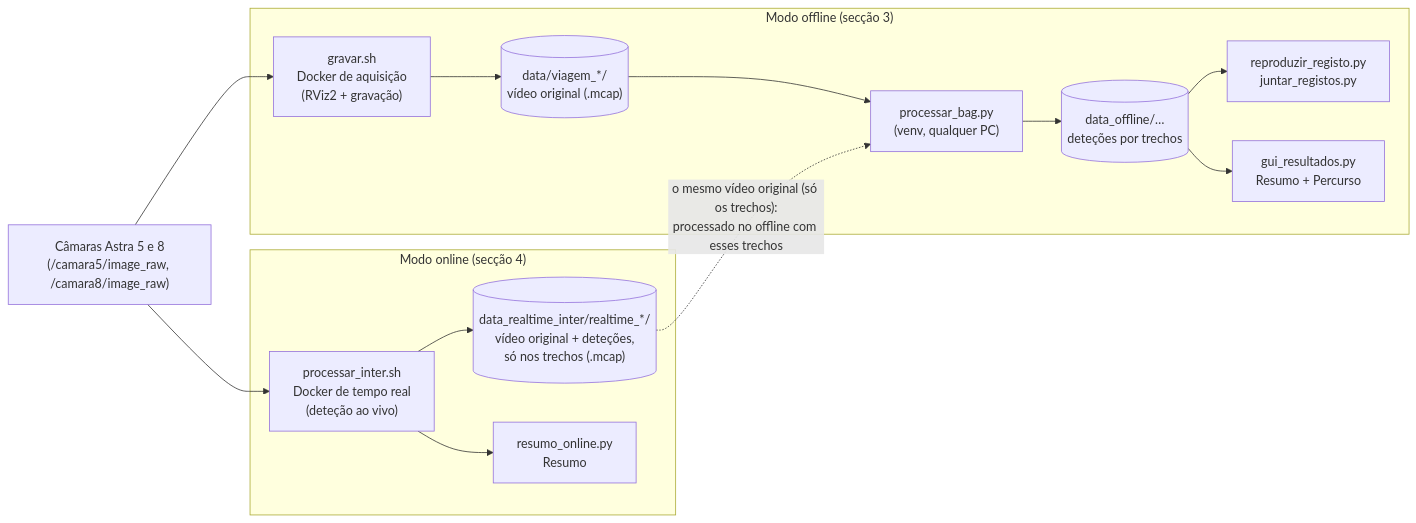
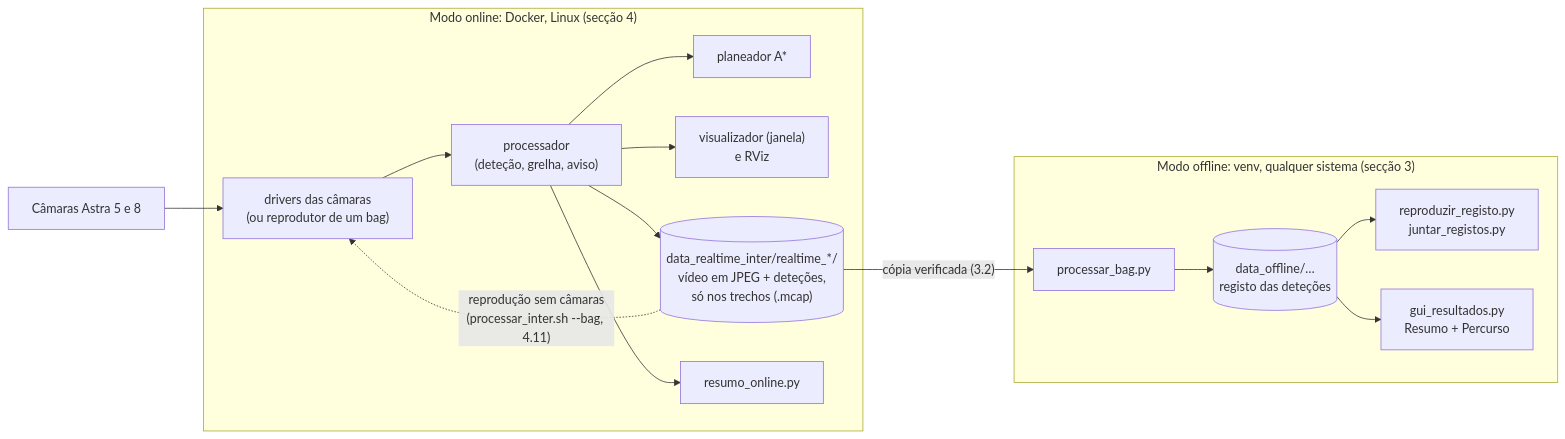
The diagram in README.md (afv2003/aquisi-o_astra_orbec), drawn with Mermaid before and after one commit. The commit also changed other lines of this file and 34 other files, not shown here.

Commit message:
Online: aquisição no Docker, visualizador separado, RViz, reprodução de bags, imagens JPEG e verificação NTP; decisão local (TF, grelha, aviso, A*); offline começa no bag

````diff
--- a/README.md
+++ b/README.md
@@ -29,28 +31,32 @@
 ```mermaid
 flowchart LR
-    CAM["Câmaras Astra 5 e 8<br/>(/camara5/image_raw, /camara8/image_raw)"]
+    CAM["Câmaras Astra 5 e 8"]
 
-    subgraph OFF["Modo offline (secção 3)"]
-        GR["gravar.sh<br/>Docker de aquisição<br/>(RViz2 + gravação)"]
-        BAG1[("data/viagem_*/<br/>vídeo original (.mcap)")]
-        PB["processar_bag.py<br/>(venv, qualquer PC)"]
-        REG[("data_offline/…<br/>deteções por trechos")]
+    subgraph ON["Modo online: Docker, Linux (secção 4)"]
+        DRV["drivers das câmaras<br/>(ou reprodutor de um bag)"]
+        PROC["processador<br/>(deteção, grelha, aviso)"]
+        PLAN["planeador A*"]
+        VIS["visualizador (janela)<br/>e RViz"]
+        BAG[("data_realtime_inter/realtime_*/<br/>vídeo em JPEG + deteções,<br/>só nos trechos (.mcap)")]
+        RO["resumo_online.py"]
+        DRV --> PROC
+        PROC --> PLAN
+        PROC --> VIS
+        PROC --> BAG
+        PROC --> RO
+    end
+
+    subgraph OFF["Modo offline: venv, qualquer sistema (secção 3)"]
+        PB["processar_bag.py"]
+        REG[("data_offline/…<br/>registo das deteções")]
         RR["reproduzir_registo.py<br/>juntar_registos.py"]
         GUI["gui_resultados.py<br/>Resumo + Percurso"]
-        GR --> BAG1 --> PB --> REG
+        PB --> REG
         REG --> RR
         REG --> GUI
     end
 
-    subgraph ON["Modo online (secção 4)"]
-        PI["processar_inter.sh<br/>Docker de tempo real<br/>(deteção ao vivo)"]
-        BAG2[("data_realtime_inter/realtime_*/<br/>vídeo original + deteções,<br/>só nos trechos (.mcap)")]
-        RO["resumo_online.py<br/>Resumo"]
-        PI --> BAG2
-        PI --> RO
-    end
-
-    CAM --> GR
-    CAM --> PI
-    BAG2 -.->|"o mesmo vídeo original (só os trechos):<br/>processado no offline com esses trechos"| PB
+    CAM --> DRV
+    BAG -->|"cópia verificada (3.2)"| PB
+    BAG -.->|"reprodução sem câmaras<br/>(processar_inter.sh --bag, 4.11)"| DRV
 ```
````
